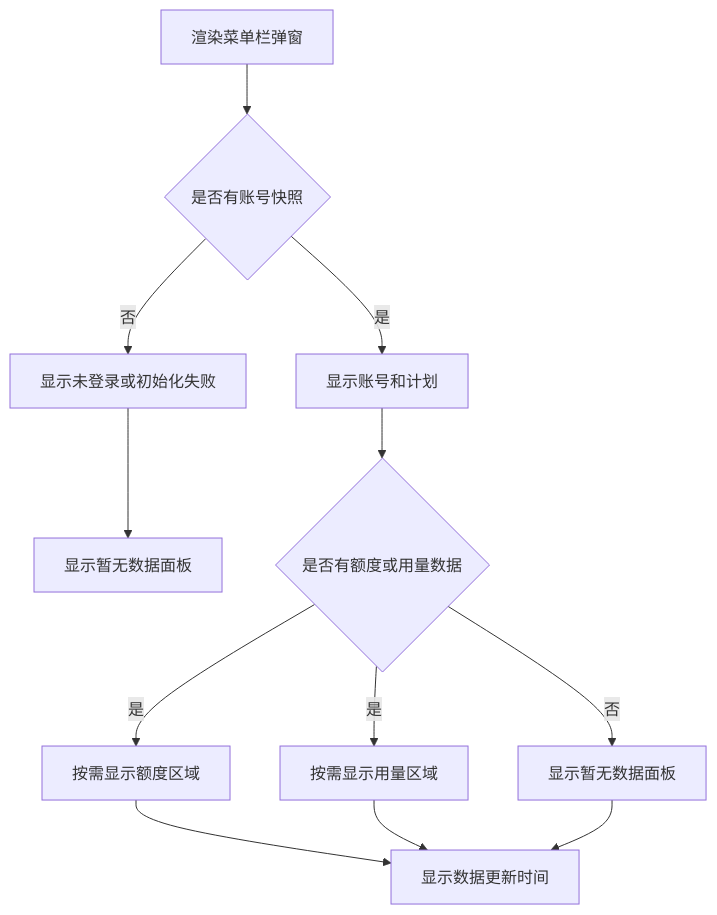
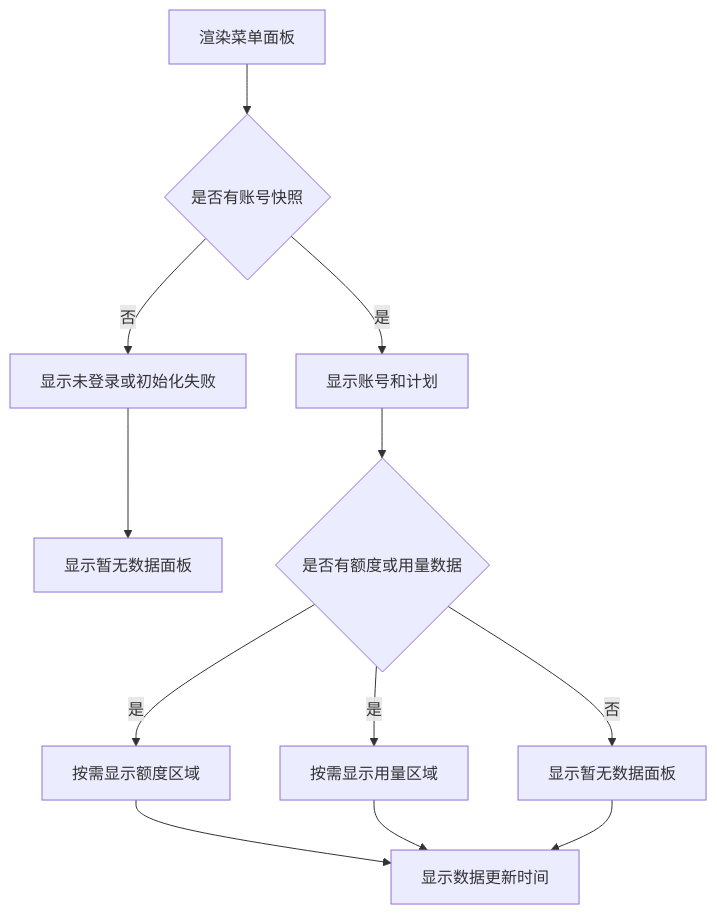
One commit to bob-zebedy/CodexBar changed the third of 6 diagrams in Docs/DevelopmentGuide.md. Above: the diagram before and after it, drawn with Mermaid. The commit also changed other lines of this file and 53 other files, not shown here.

````diff
--- a/Docs/DevelopmentGuide.md
+++ b/Docs/DevelopmentGuide.md
@@ -482,14 +485,14 @@
 ```mermaid
 flowchart TD
-    Start["渲染菜单栏弹窗"] --> HasSnapshot{"是否有账号快照"}
+    Start["渲染菜单面板"] --> HasSnapshot{"是否有账号快照"}
     HasSnapshot -- "否" --> StatusCard["显示未登录或初始化失败"]
     StatusCard --> Empty["显示暂无数据面板"]
     HasSnapshot -- "是" --> Account["显示账号和计划"]
     Account --> HasData{"是否有额度或用量数据"}
     HasData -- "否" --> Empty2["显示暂无数据面板"]
     HasData -- "是" --> Quota["按需显示额度区域"]
     HasData -- "是" --> Usage["按需显示用量区域"]
     Quota --> Updated["显示数据更新时间"]
     Usage --> Updated
     Empty2 --> Updated
 ```
````
